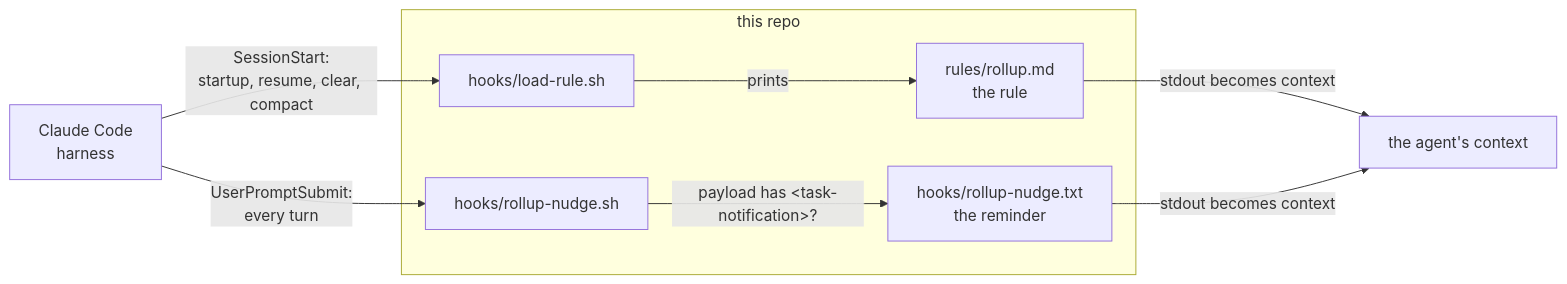
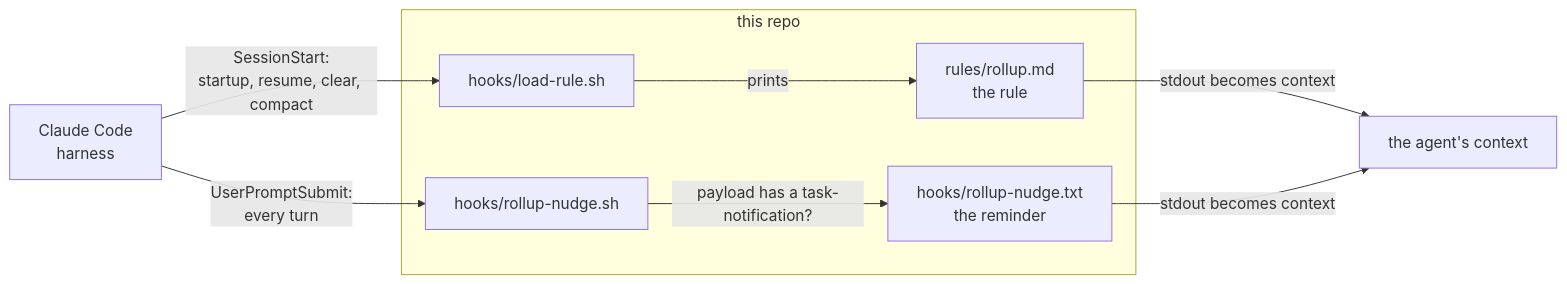
Before and after one commit to luutuankiet/sample-claude-rollup-setup: the first of 4 diagrams in docs/how-it-works.md, drawn with Mermaid. The commit also changed other lines of this file and 1 other file, not shown here.

Commit message:
Diagrams: drop entity codes and a leading # that GitHub's renderer swallows

````diff
--- a/docs/how-it-works.md
+++ b/docs/how-it-works.md
@@ -48,17 +48,17 @@
 ```mermaid
 flowchart LR
   subgraph repo["this repo"]
     R["rules/rollup.md<br/>the rule"]
     L["hooks/load-rule.sh"]
     N["hooks/rollup-nudge.sh"]
     T["hooks/rollup-nudge.txt<br/>the reminder"]
   end
   CC["Claude Code<br/>harness"]
   A["the agent's context"]
   CC -->|"SessionStart:<br/>startup, resume, clear, compact"| L
   L -->|"prints"| R
   R -->|"stdout becomes context"| A
   CC -->|"UserPromptSubmit:<br/>every turn"| N
-  N -->|"payload has #lt;task-notification#gt;?"| T
+  N -->|"payload has a task-notification?"| T
   T -->|"stdout becomes context"| A
 ```
````
